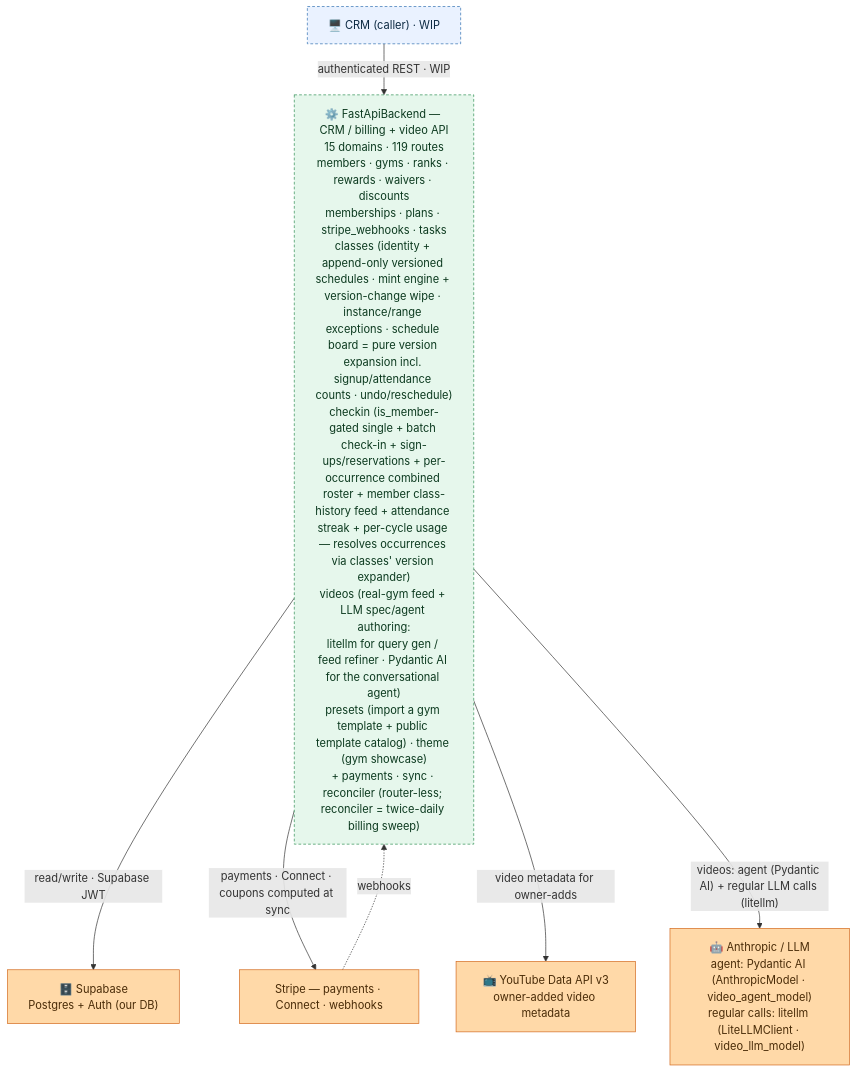
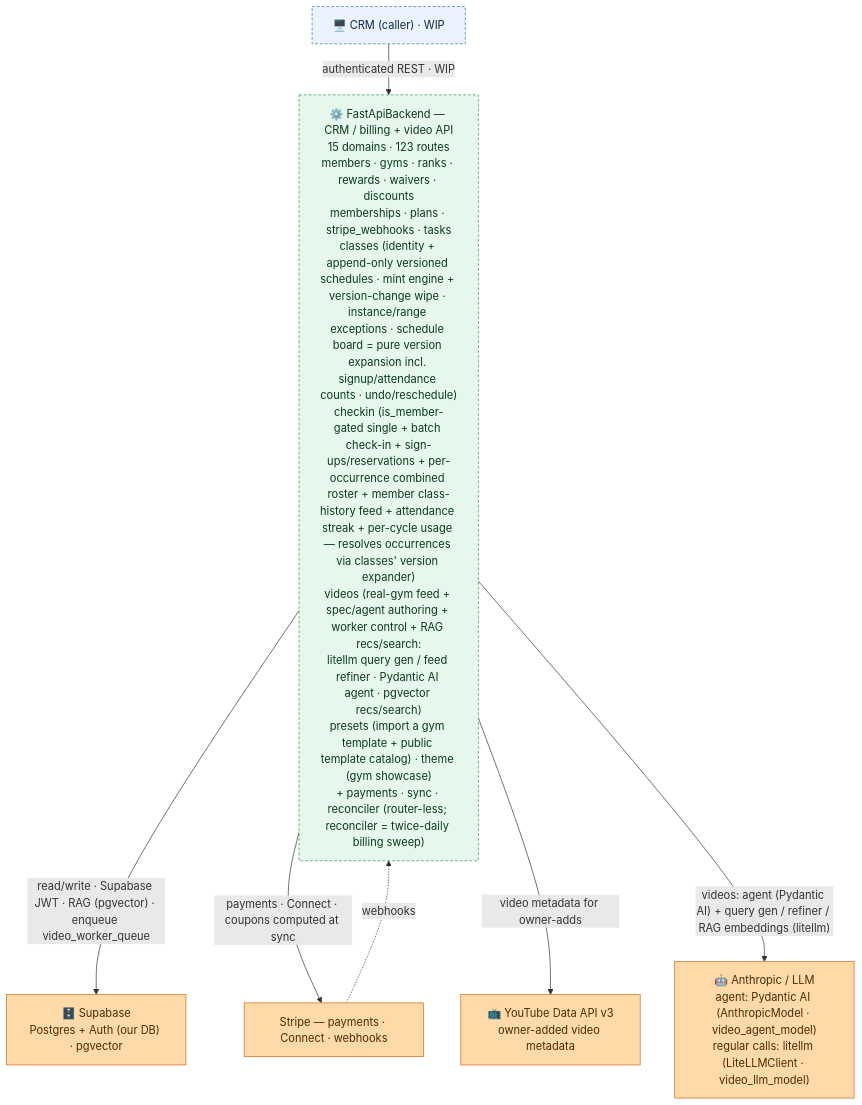
The diagram in FastApiBackend/README.md (jesse51002/CombatDen), drawn with Mermaid before and after one commit. The commit also changed other lines of this file and 146 other files, not shown here.

First line of the commit message:
Video worker + RAG recommendations + multi-step query gen

````diff
--- a/FastApiBackend/README.md
+++ b/FastApiBackend/README.md
@@ -16,23 +16,23 @@
 ```mermaid
 flowchart TB
   CRM["🖥️ CRM (caller) · WIP"]
-  FB["⚙️ FastApiBackend — CRM / billing + video API<br/>15 domains · 119 routes<br/>members · gyms · ranks · rewards · waivers · discounts<br/>memberships · plans · stripe_webhooks · tasks<br/>classes (identity + append-only versioned schedules · mint engine + version-change wipe · instance/range exceptions · schedule board = pure version expansion incl. signup/attendance counts · undo/reschedule)<br/>checkin (is_member-gated single + batch check-in + sign-ups/reservations + per-occurrence combined roster + member class-history feed + attendance streak + per-cycle usage — resolves occurrences via classes' version expander)<br/>videos (real-gym feed + LLM spec/agent authoring:<br/>litellm for query gen / feed refiner · Pydantic AI for the conversational agent)<br/>presets (import a gym template + public template catalog) · theme (gym showcase)<br/>+ payments · sync · reconciler (router-less; reconciler = twice-daily billing sweep)"]
-  Supabase["🗄️ Supabase<br/>Postgres + Auth (our DB)"]
+  FB["⚙️ FastApiBackend — CRM / billing + video API<br/>15 domains · 123 routes<br/>members · gyms · ranks · rewards · waivers · discounts<br/>memberships · plans · stripe_webhooks · tasks<br/>classes (identity + append-only versioned schedules · mint engine + version-change wipe · instance/range exceptions · schedule board = pure version expansion incl. signup/attendance counts · undo/reschedule)<br/>checkin (is_member-gated single + batch check-in + sign-ups/reservations + per-occurrence combined roster + member class-history feed + attendance streak + per-cycle usage — resolves occurrences via classes' version expander)<br/>videos (real-gym feed + spec/agent authoring + worker control + RAG recs/search:<br/>litellm query gen / feed refiner · Pydantic AI agent · pgvector recs/search)<br/>presets (import a gym template + public template catalog) · theme (gym showcase)<br/>+ payments · sync · reconciler (router-less; reconciler = twice-daily billing sweep)"]
+  Supabase["🗄️ Supabase<br/>Postgres + Auth (our DB) · pgvector"]
   Stripe["Stripe — payments · Connect · webhooks"]
   YouTube["📺 YouTube Data API v3<br/>owner-added video metadata"]
   LLMProvider["🤖 Anthropic / LLM<br/>agent: Pydantic AI (AnthropicModel · video_agent_model)<br/>regular calls: litellm (LiteLLMClient · video_llm_model)"]
   CRM -->|"authenticated REST · WIP"| FB
-  FB -->|"read/write · Supabase JWT"| Supabase
+  FB -->|"read/write · Supabase JWT · RAG (pgvector) · enqueue video_worker_queue"| Supabase
   FB -->|"payments · Connect · coupons computed at sync"| Stripe
   Stripe -.->|"webhooks"| FB
   FB -->|"video metadata for owner-adds"| YouTube
-  FB -->|"videos: agent (Pydantic AI) + regular LLM calls (litellm)"| LLMProvider
+  FB -->|"videos: agent (Pydantic AI) + query gen / refiner / RAG embeddings (litellm)"| LLMProvider
   classDef client fill:#eaf2ff,stroke:#2f6fb0,color:#0b2942;
   classDef svc fill:#e6f7ec,stroke:#2f8f53,color:#0c3a1f;
   classDef ext fill:#ffd9a8,stroke:#d2691e,color:#4a2c08;
   class CRM client;
   class FB svc;
   class Supabase,Stripe,YouTube,LLMProvider ext;
   style CRM stroke-dasharray:4 3;
   style FB stroke-dasharray:4 3;
 ```
````
